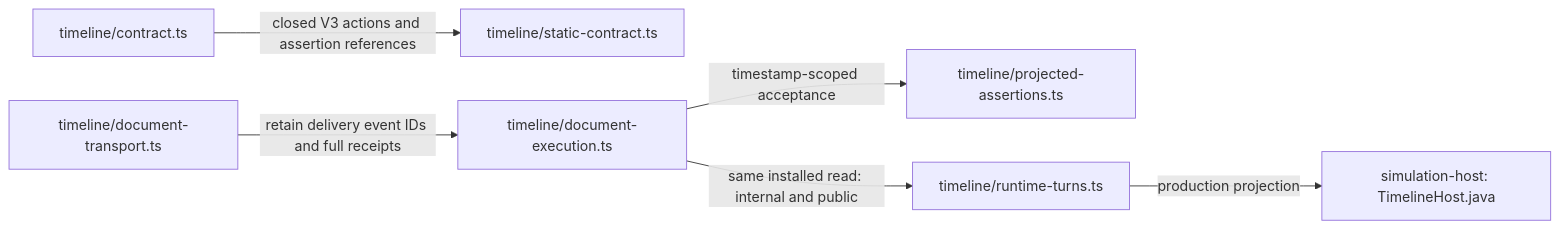
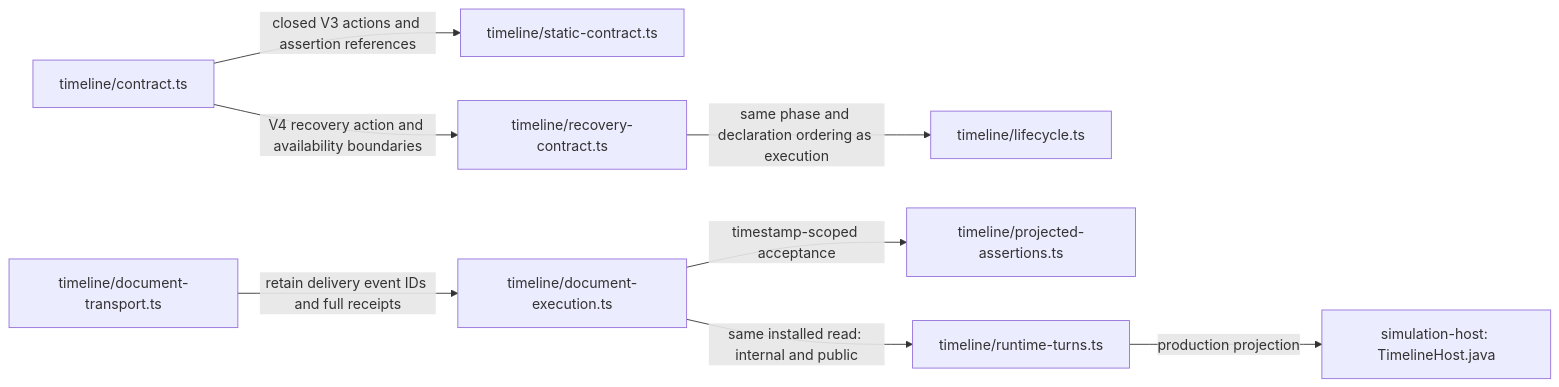
Diagram 50 of 53 in workbench/docs/source-map.md (sproates/zooglass), drawn with Mermaid before and after one commit. The commit also changed other lines of this file and 46 other files, not shown here.

First line of the commit message:
Add reusable static-view recovery to deterministic timelines (#189)

````diff
--- a/workbench/docs/source-map.md
+++ b/workbench/docs/source-map.md
@@ -1257,8 +1257,10 @@
 ```mermaid
 flowchart LR
   contract["timeline/contract.ts"] -->|closed V3 actions and assertion references| static["timeline/static-contract.ts"]
+  contract -->|V4 recovery action and availability boundaries| recovery["timeline/recovery-contract.ts"]
+  recovery -->|same phase and declaration ordering as execution| lifecycle["timeline/lifecycle.ts"]
   execution["timeline/document-execution.ts"] -->|timestamp-scoped acceptance| assertions["timeline/projected-assertions.ts"]
   transport["timeline/document-transport.ts"] -->|retain delivery event IDs and full receipts| execution
   execution -->|same installed read: internal and public| turns["timeline/runtime-turns.ts"]
   turns -->|production projection| host["simulation-host: TimelineHost.java"]
 ```
````
